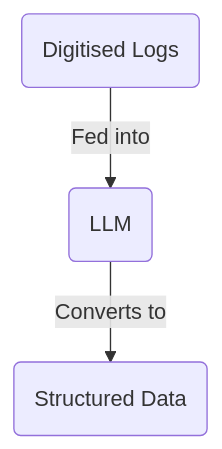
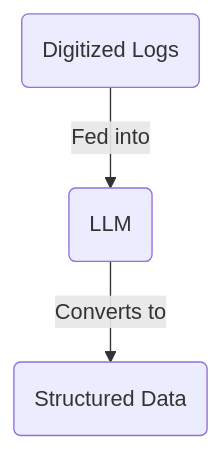
The first of 4 diagrams in examples/ai-engineer-roadmap/00.5-what-can-you-build-with-llms/article.md (zxkevinxz/ai-hero), drawn with Mermaid before and after one commit. The commit also changed other lines of this file and 1 other file, not shown here.

````diff
--- a/examples/ai-engineer-roadmap/00.5-what-can-you-build-with-llms/article.md
+++ b/examples/ai-engineer-roadmap/00.5-what-can-you-build-with-llms/article.md
@@ -23,9 +23,9 @@
 ```mermaid
 flowchart
-  A("Digitised Logs")
+  A("Digitized Logs")
   B("LLM")
   C("Structured Data")
 
   A -- Fed into --> B
   B -- Converts to --> C
 ```
````
